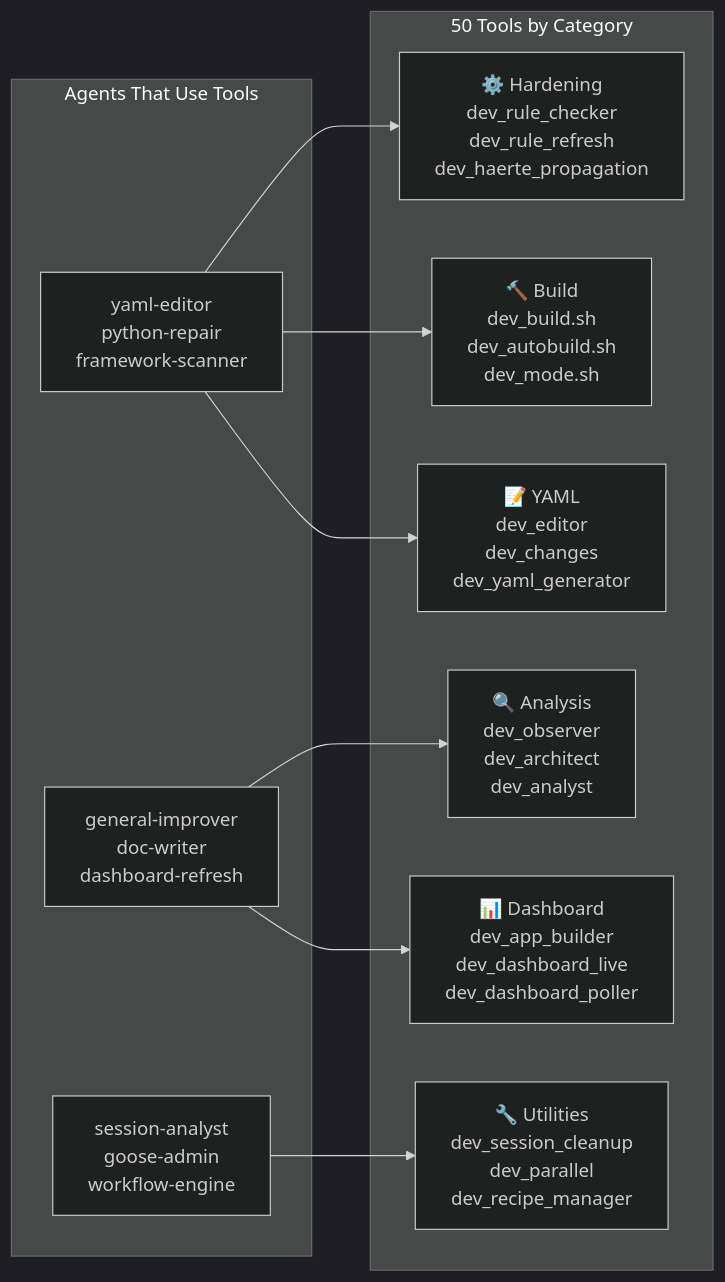
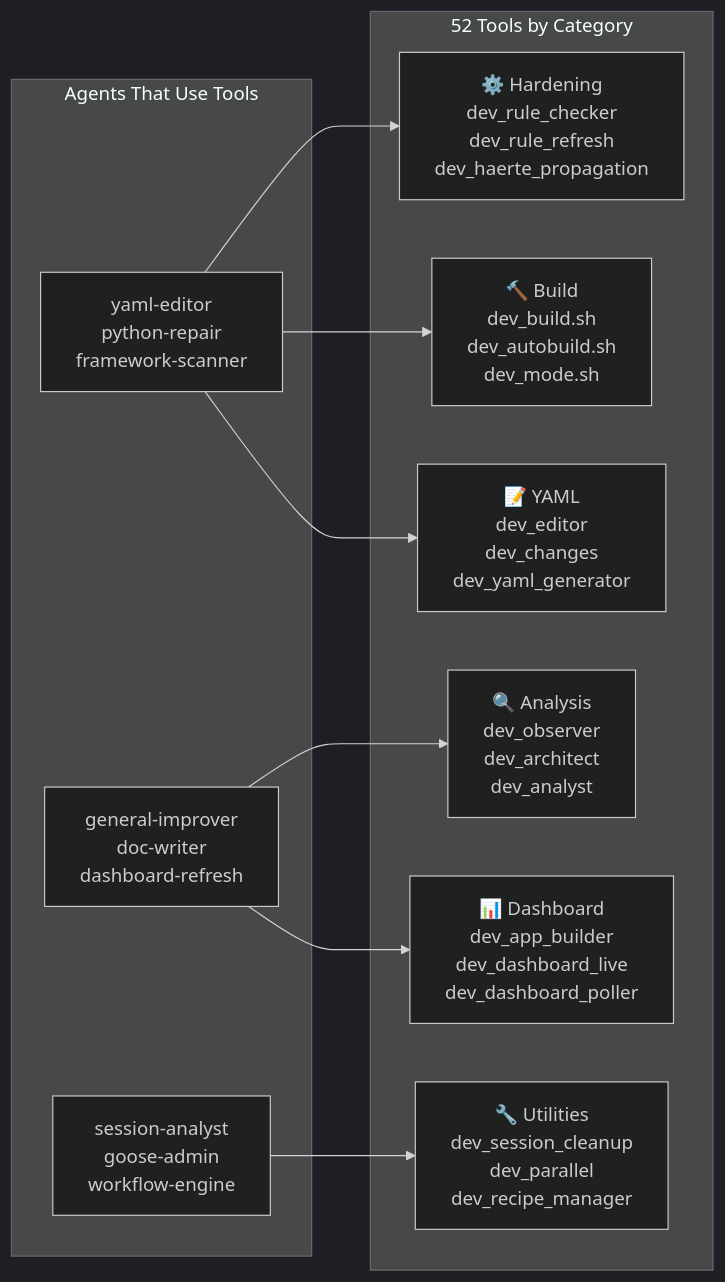
The fifth of 5 diagrams in docs/architecture.md (mczardybon/mas-engineer), drawn with Mermaid (dark theme) before and after one commit. The commit also changed other lines of this file and 23 other files, not shown here.

````diff
--- a/docs/architecture.md
+++ b/docs/architecture.md
@@ -251,20 +249,20 @@
 ```mermaid
 flowchart LR
     subgraph AGENTS["Agents That Use Tools"]
         A1["yaml-editor\npython-repair\nframework-scanner"]
         A2["general-improver\ndoc-writer\ndashboard-refresh"]
         A3["session-analyst\ngoose-admin\nworkflow-engine"]
     end
-    subgraph TOOLS["50 Tools by Category"]
+    subgraph TOOLS["52 Tools by Category"]
         T1["⚙️ Hardening\ndev_rule_checker\ndev_rule_refresh\ndev_haerte_propagation"]
         T2["🔨 Build\ndev_build.sh\ndev_autobuild.sh\ndev_mode.sh"]
         T3["🔍 Analysis\ndev_observer\ndev_architect\ndev_analyst"]
         T4["📝 YAML\ndev_editor\ndev_changes\ndev_yaml_generator"]
         T5["📊 Dashboard\ndev_app_builder\ndev_dashboard_live\ndev_dashboard_poller"]
         T6["🔧 Utilities\ndev_session_cleanup\ndev_parallel\ndev_recipe_manager"]
     end
 
     A1 --> T1 & T2 & T4
     A2 --> T3 & T5
     A3 --> T6
 ```
````
